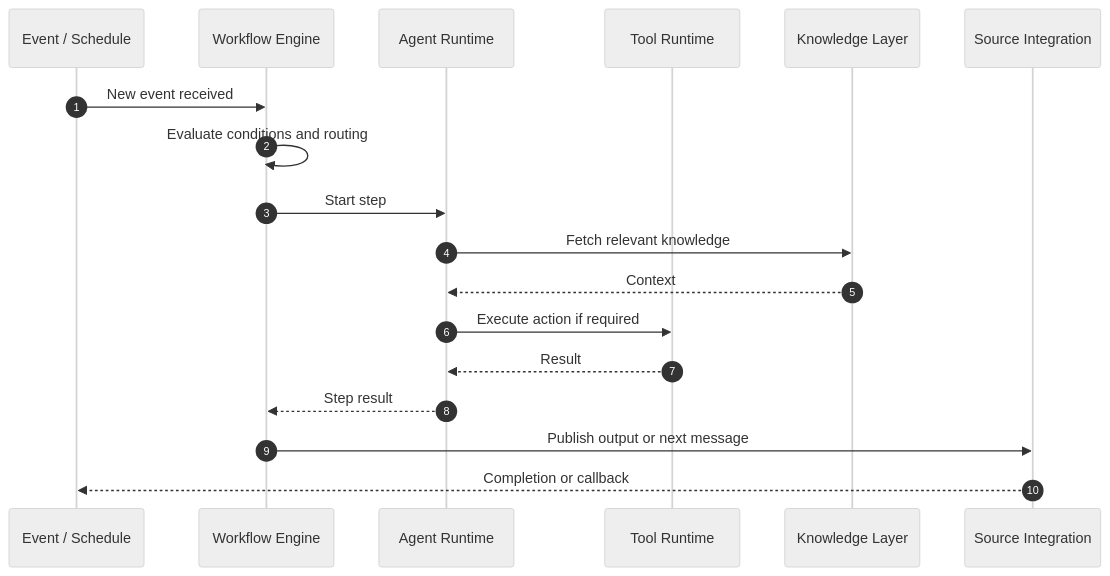
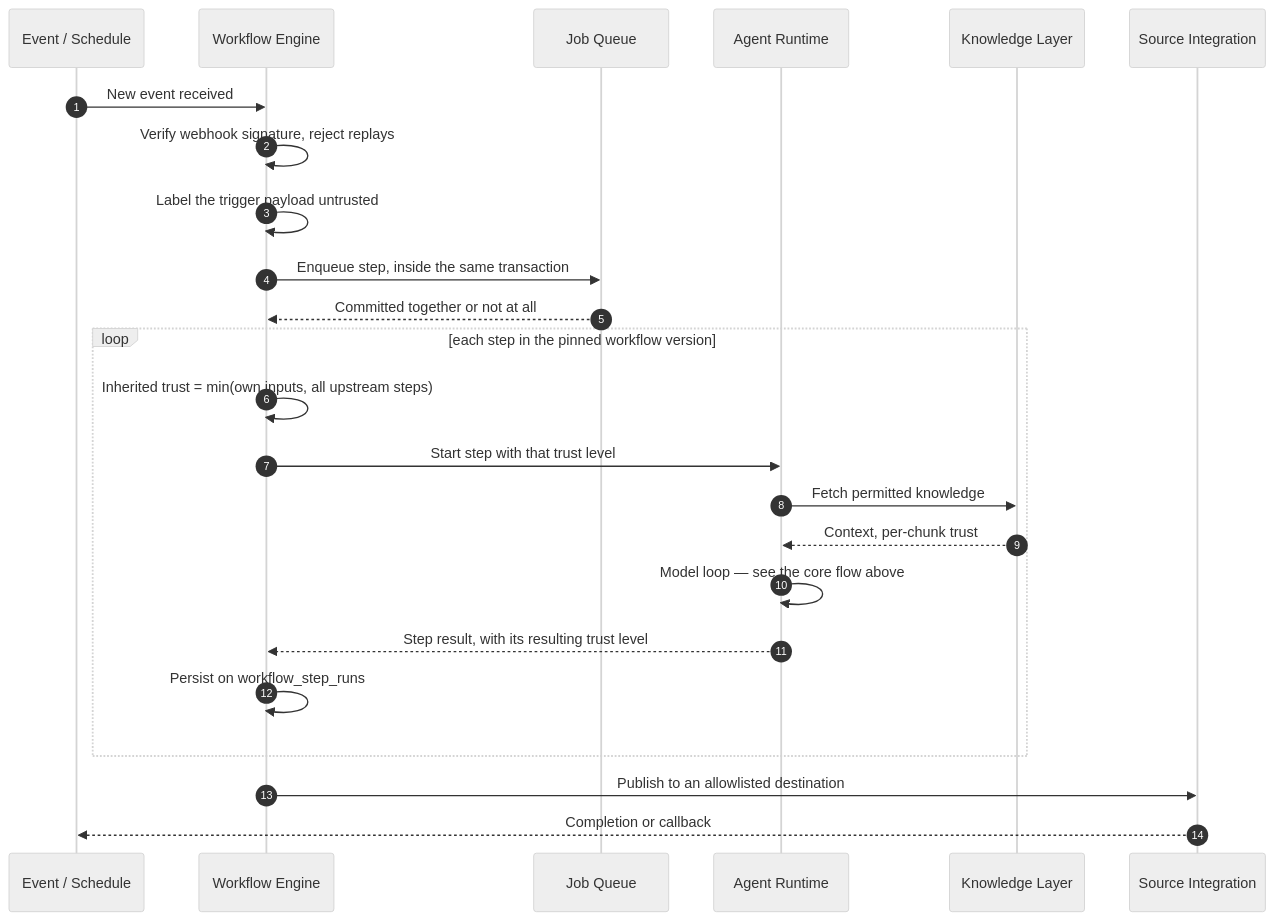
Before and after one commit to GreatRedem/TeamAgent: the second of 2 diagrams in docs/11-runtime.md, drawn with Mermaid (neutral theme). The commit also changed other lines of this file and 23 other files, not shown here.

````diff
--- a/docs/11-runtime.md
+++ b/docs/11-runtime.md
@@ -46,21 +67,29 @@
 ```mermaid
 sequenceDiagram
     autonumber
     participant Trigger as Event / Schedule
     participant Flow as Workflow Engine
+    participant Queue as Job Queue
     participant Agent as Agent Runtime
-    participant Tool as Tool Runtime
     participant Know as Knowledge Layer
     participant Source as Source Integration
 
     Trigger->>Flow: New event received
-    Flow->>Flow: Evaluate conditions and routing
-    Flow->>Agent: Start step
-    Agent->>Know: Fetch relevant knowledge
-    Know-->>Agent: Context
-    Agent->>Tool: Execute action if required
-    Tool-->>Agent: Result
-    Agent-->>Flow: Step result
-    Flow->>Source: Publish output or next message
+    Flow->>Flow: Verify webhook signature, reject replays
+    Flow->>Flow: Label the trigger payload untrusted
+    Flow->>Queue: Enqueue step, inside the same transaction
+    Queue-->>Flow: Committed together or not at all
+
+    loop each step in the pinned workflow version
+        Flow->>Flow: Inherited trust = min(own inputs, all upstream steps)
+        Flow->>Agent: Start step with that trust level
+        Agent->>Know: Fetch permitted knowledge
+        Know-->>Agent: Context, per-chunk trust
+        Agent->>Agent: Model loop — see the core flow above
+        Agent-->>Flow: Step result, with its resulting trust level
+        Flow->>Flow: Persist on workflow_step_runs
+    end
+
+    Flow->>Source: Publish to an allowlisted destination
     Source-->>Trigger: Completion or callback
 ```
````
